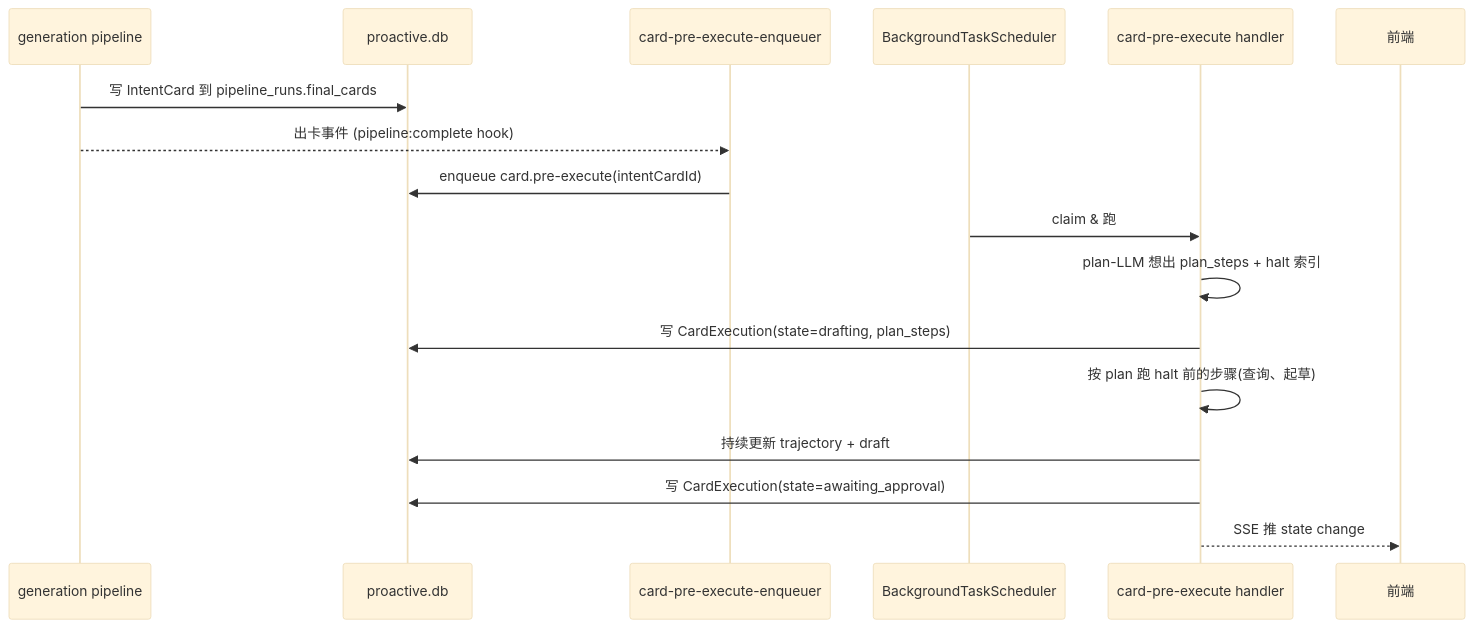
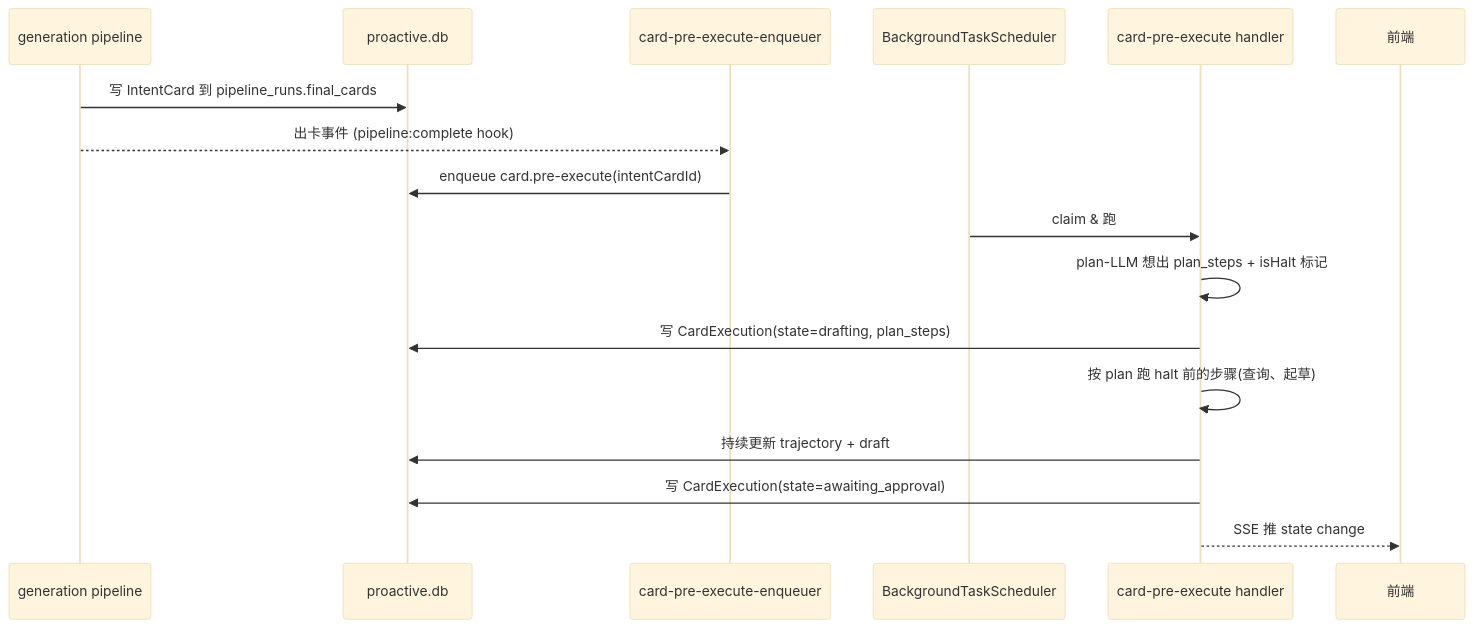
The second of 3 diagrams in docs/plans/2026-04-28-card-execution.mdx (Edge-AI-HQ/proactive-assistant), drawn with Mermaid (base theme) before and after one commit. The commit also changed other lines of this file, not shown here.

First line of the commit message:
docs(plans): tighten card-execution plan after self-review

````diff
--- a/docs/plans/2026-04-28-card-execution.mdx
+++ b/docs/plans/2026-04-28-card-execution.mdx
@@ -176,20 +180,20 @@
 ```mermaid
 sequenceDiagram
   participant Gen as generation pipeline
   participant DB as proactive.db
   participant Enq as card-pre-execute-enqueuer
   participant Sch as BackgroundTaskScheduler
   participant H as card-pre-execute handler
   participant FE as 前端
 
   Gen->>DB: 写 IntentCard 到 pipeline_runs.final_cards
   Gen-->>Enq: 出卡事件 (pipeline:complete hook)
   Enq->>DB: enqueue card.pre-execute(intentCardId)
   Sch->>H: claim & 跑
-  H->>H: plan-LLM 想出 plan_steps + halt 索引
+  H->>H: plan-LLM 想出 plan_steps + isHalt 标记
   H->>DB: 写 CardExecution(state=drafting, plan_steps)
   H->>H: 按 plan 跑 halt 前的步骤(查询、起草)
   H->>DB: 持续更新 trajectory + draft
   H->>DB: 写 CardExecution(state=awaiting_approval)
   H-->>FE: SSE 推 state change
 ```
````
